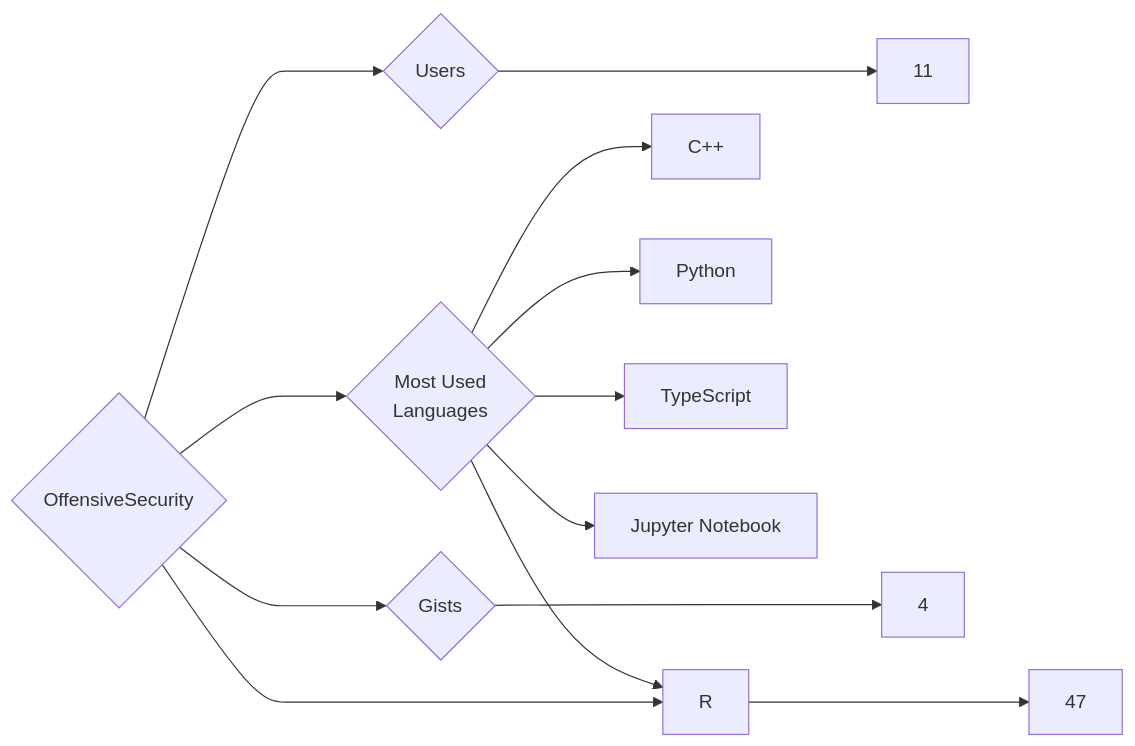
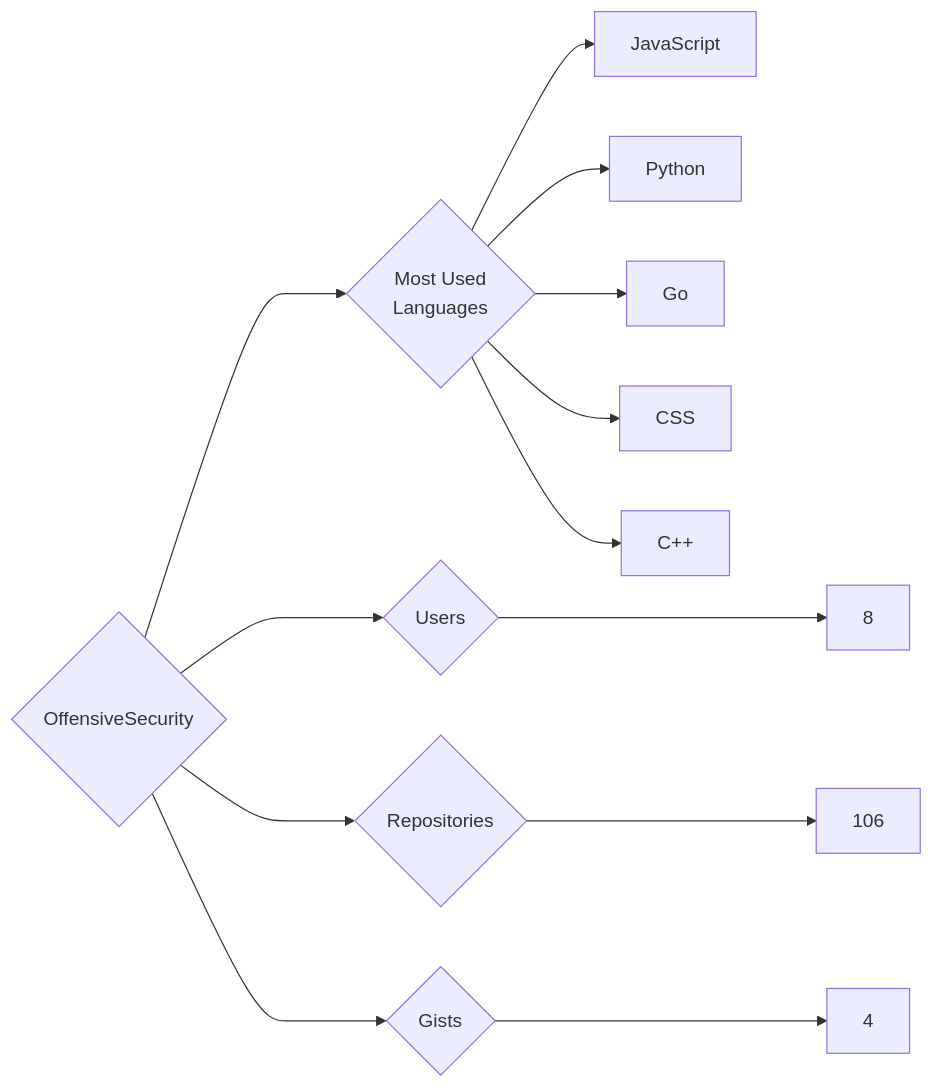
The diagram in targets/OffensiveSecurity/README.md (trickest/insiders), drawn with Mermaid before and after one commit. The commit also changed 1248 other files, not shown here.

````diff
--- a/targets/OffensiveSecurity/README.md
+++ b/targets/OffensiveSecurity/README.md
@@ -3,13 +3,13 @@
 ```mermaid
 graph LR
 COMPANY_NAME{OffensiveSecurity}
-COMPANY_NAME ---> U{Users} ---> UN[11]
-COMPANY_NAME ---> R{Repositories} ---> RN[47]
+COMPANY_NAME ---> U{Users} ---> UN[8]
+COMPANY_NAME ---> R{Repositories} ---> RN[106]
 COMPANY_NAME ---> G{Gists} ---> GN[4]
 COMPANY_NAME ---> ML{Most Used<br>Languages}
+ML --> JavaScript[JavaScript]
+ML --> Python[Python]
+ML --> Go[Go]
+ML --> CSS[CSS]
 ML --> C++[C++]
-ML --> Python[Python]
-ML --> TypeScript[TypeScript]
-ML --> Jupyter_Notebook[Jupyter Notebook]
-ML --> R[R]
 ```
````
